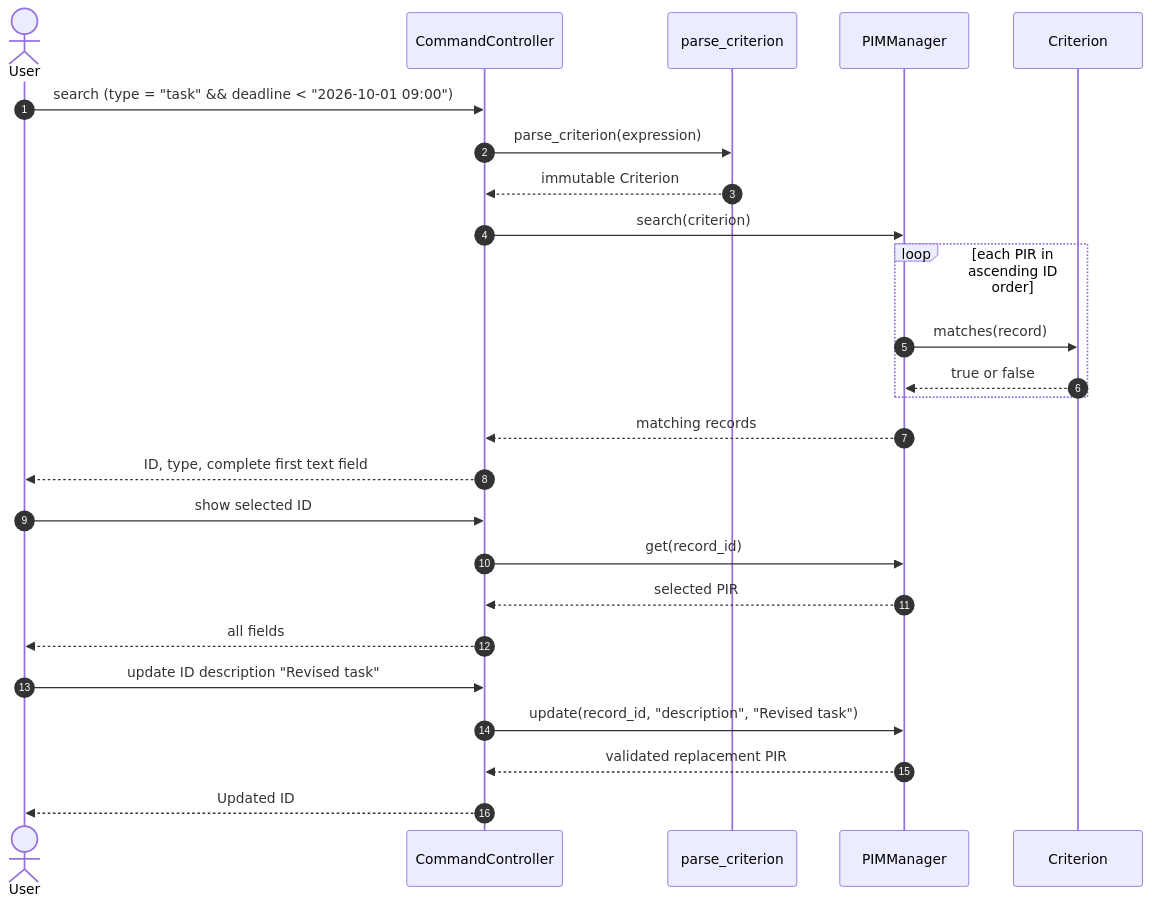
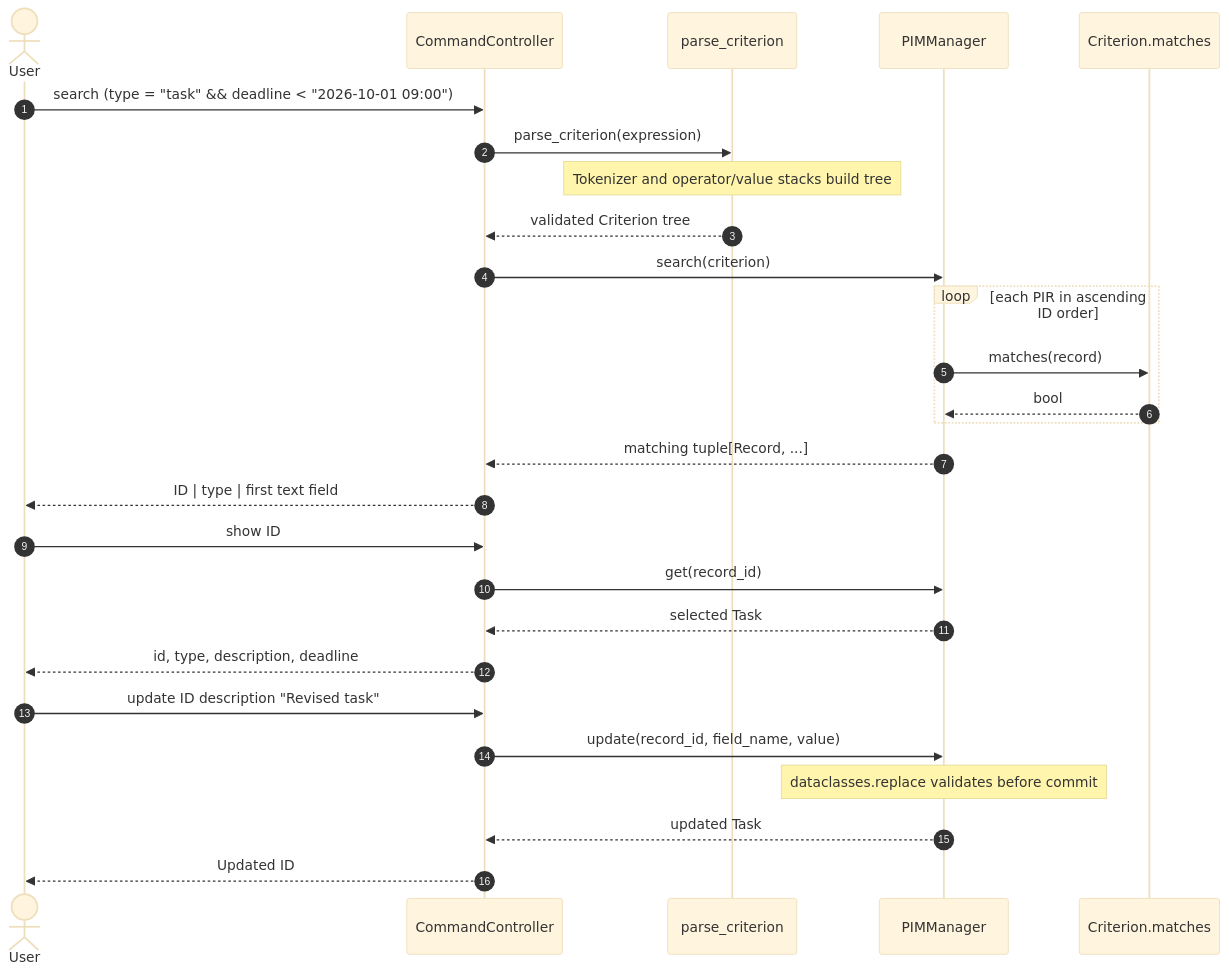
The diagram in docs/design/diagrams/search-update-sequence.mmd (hzihao872-arch/COMP3211-PIM), drawn with Mermaid before and after one commit. The commit also changed 23 other files, not shown here.

```diff
--- a/docs/design/diagrams/search-update-sequence.mmd
+++ b/docs/design/diagrams/search-update-sequence.mmd
@@ -1,26 +1,28 @@
+%%{init: {"theme": "base", "themeVariables": {"fontSize": "18px"}}}%%
 sequenceDiagram
     autonumber
     actor User
     participant CLI as CommandController
-    participant Parser as parse_criterion
+    participant Parse as parse_criterion
     participant Manager as PIMManager
-    participant Criterion
-
+    participant Match as Criterion.matches
     User->>CLI: search (type = "task" && deadline < "2026-10-01 09:00")
-    CLI->>Parser: parse_criterion(expression)
-    Parser-->>CLI: immutable Criterion
+    CLI->>Parse: parse_criterion(expression)
+    Note over Parse: Tokenizer and operator/value stacks build tree
+    Parse-->>CLI: validated Criterion tree
     CLI->>Manager: search(criterion)
     loop each PIR in ascending ID order
-        Manager->>Criterion: matches(record)
-        Criterion-->>Manager: true or false
+        Manager->>Match: matches(record)
+        Match-->>Manager: bool
     end
-    Manager-->>CLI: matching records
-    CLI-->>User: ID, type, complete first text field
-    User->>CLI: show selected ID
+    Manager-->>CLI: matching tuple[Record, ...]
+    CLI-->>User: ID | type | first text field
+    User->>CLI: show ID
     CLI->>Manager: get(record_id)
-    Manager-->>CLI: selected PIR
-    CLI-->>User: all fields
+    Manager-->>CLI: selected Task
+    CLI-->>User: id, type, description, deadline
     User->>CLI: update ID description "Revised task"
-    CLI->>Manager: update(record_id, "description", "Revised task")
-    Manager-->>CLI: validated replacement PIR
+    CLI->>Manager: update(record_id, field_name, value)
+    Note over Manager: dataclasses.replace validates before commit
+    Manager-->>CLI: updated Task
     CLI-->>User: Updated ID
```
